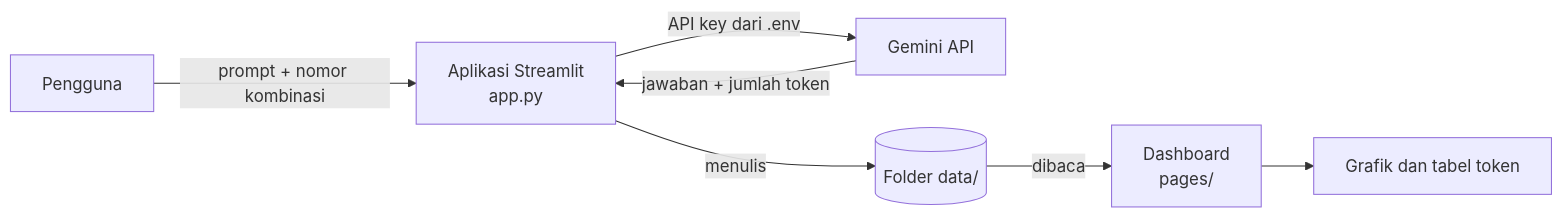
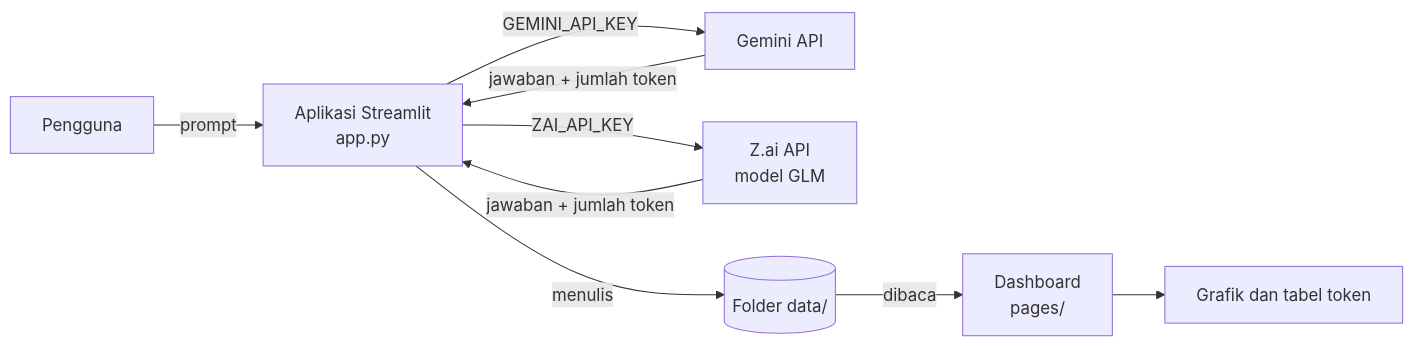
The diagram in README.md (Steventeody/tugas_Pengembangan_Sistem-Cerdas), drawn with Mermaid before and after one commit. The commit also changed other lines of this file, not shown here.

First line of the commit message:
Revise README for PANDU and GLM model integration

````diff
--- a/README.md
+++ b/README.md
@@ -44,9 +40,11 @@
 ```mermaid
 flowchart LR
-    U[Pengguna] -->|prompt + nomor kombinasi| A[Aplikasi Streamlit<br/>app.py]
-    A -->|API key dari .env| G[Gemini API]
+    U[Pengguna] -->|prompt| A[Aplikasi Streamlit<br/>app.py]
+    A -->|GEMINI_API_KEY| G[Gemini API]
+    A -->|ZAI_API_KEY| Z[Z.ai API<br/>model GLM]
     G -->|jawaban + jumlah token| A
+    Z -->|jawaban + jumlah token| A
     A -->|menulis| D[(Folder data/)]
     D -->|dibaca| H[Dashboard<br/>pages/]
     H --> V[Grafik dan tabel token]
 ```
````
